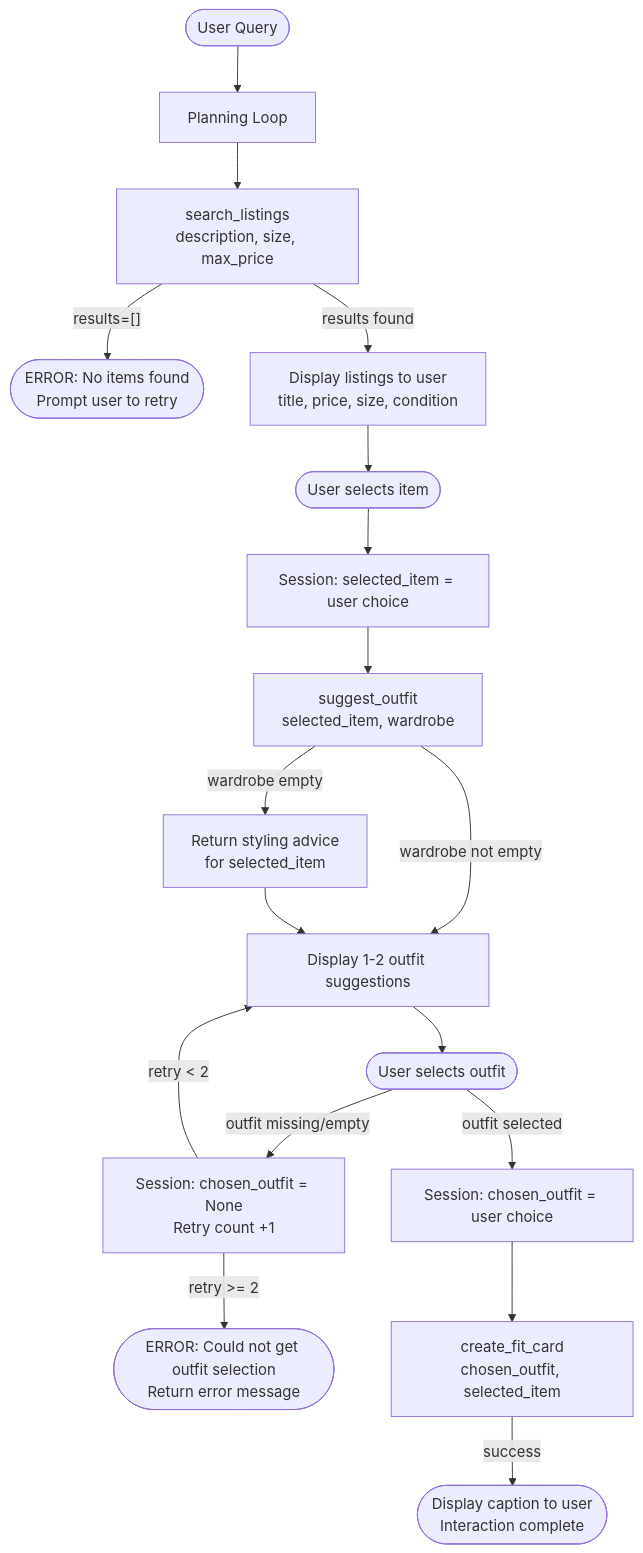
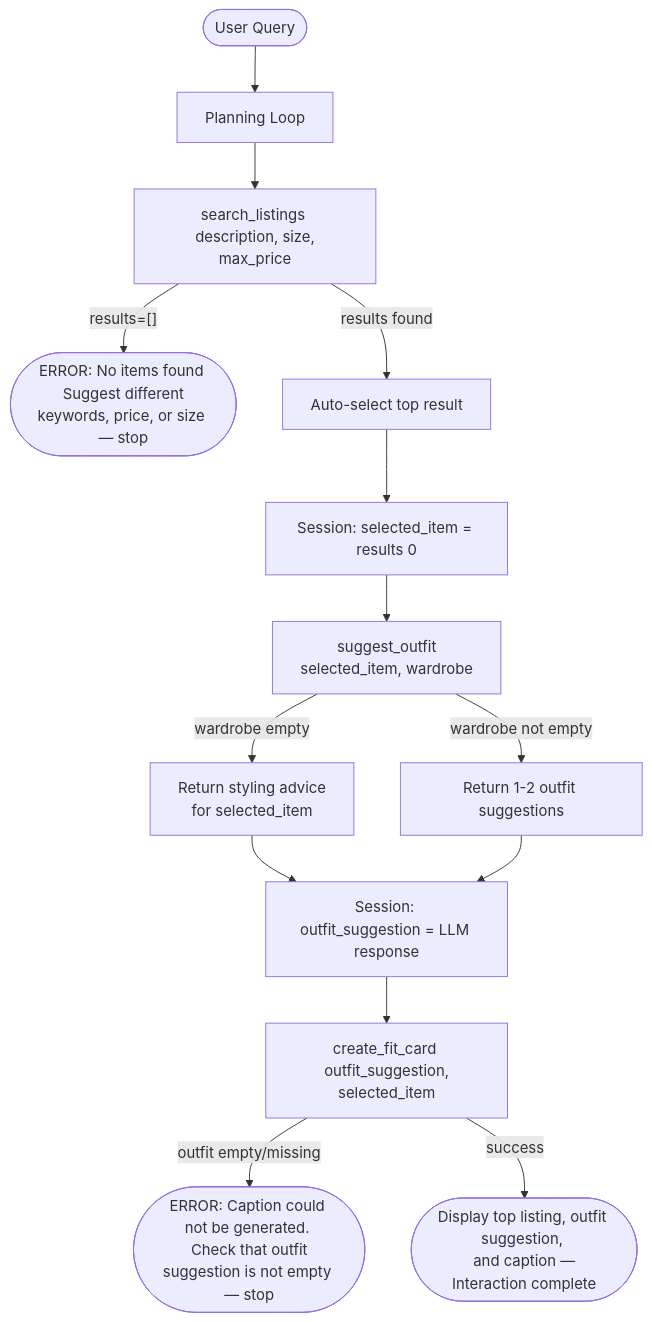
The diagram in planning.md (K3iye/ai201-project2-fitfindr-starter), drawn with Mermaid before and after one commit. The commit also changed other lines of this file and 5 other files, not shown here.

````diff
--- a/planning.md
+++ b/planning.md
@@ -135,24 +135,19 @@
-``` mermaid
+```mermaid
 flowchart TD
     A([User Query]) --> B[Planning Loop]
 
-    B --> C[search_listings\ndescription, size, max_price]
-    C -- results=[] --> D([ERROR: No items found\nPrompt user to retry])
-    C -- results found --> E[Display listings to user\ntitle, price, size, condition]
-    E --> F([User selects item])
-    F --> G[Session: selected_item = user choice]
+    B --> C[search_listings <br/> description, size, max_price]
+    C -- results=[] --> D([ERROR: No items found <br/> Suggest different keywords, price, or size — stop])
+    C -- results found --> E[Auto-select top result]
+    E --> F[Session: selected_item = results 0]
 
-    G --> H[suggest_outfit\nselected_item, wardrobe]
-    H -- wardrobe empty --> I[Return styling advice\nfor selected_item]
-    H -- wardrobe not empty --> J[Display 1-2 outfit suggestions]
+    F --> G[suggest_outfit <br/> selected_item, wardrobe]
+    G -- wardrobe empty --> H[Return styling advice <br/> for selected_item]
+    G -- wardrobe not empty --> I[Return 1-2 outfit suggestions]
+    H --> J[Session: outfit_suggestion = LLM response]
     I --> J
-    J --> K([User selects outfit])
-    K -- outfit missing/empty --> L[Session: chosen_outfit = None\nRetry count +1]
-    L -- retry < 2 --> J
-    L -- retry >= 2 --> M([ERROR: Could not get outfit selection\nReturn error message])
-    K -- outfit selected --> N[Session: chosen_outfit = user choice]
 
-    N --> O[create_fit_card\nchosen_outfit, selected_item]
-    O -- success --> P([Display caption to user\nInteraction complete])
-
+    J --> K[create_fit_card <br/> outfit_suggestion, selected_item]
+    K -- outfit empty/missing --> L([ERROR: Caption could not be generated. <br/> Check that outfit suggestion is not empty — stop])
+    K -- success --> M([Display top listing, outfit suggestion, <br/> and caption — Interaction complete])
 ```
````
